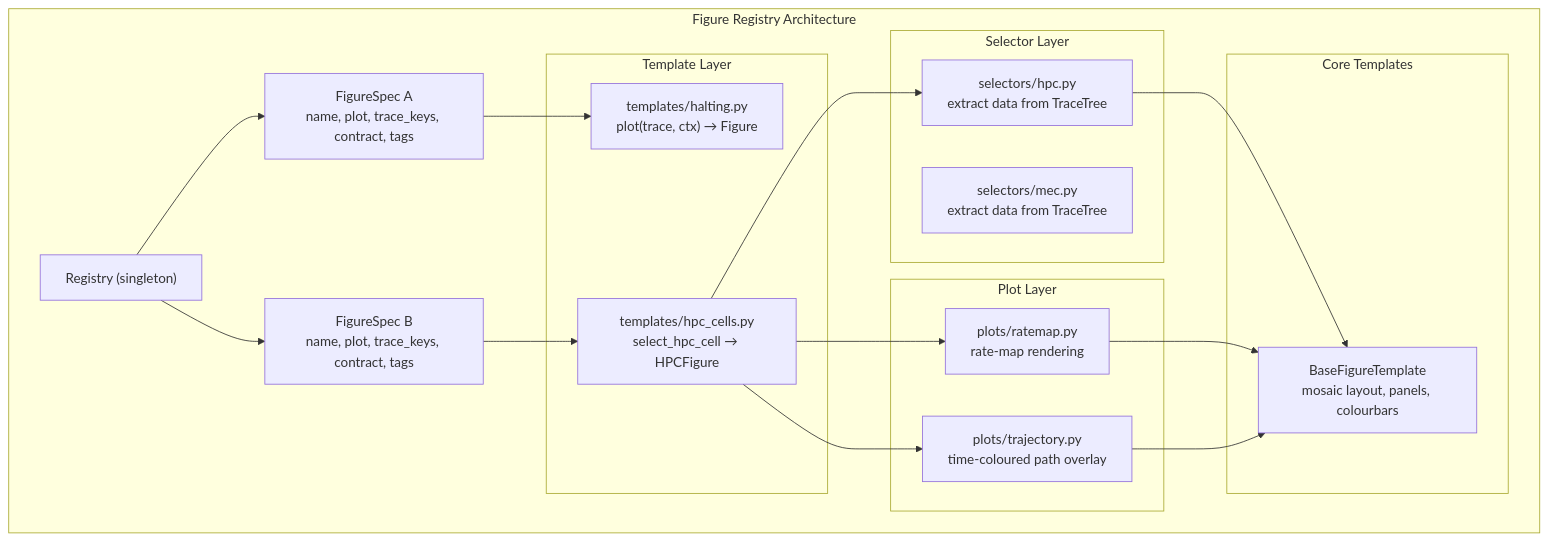
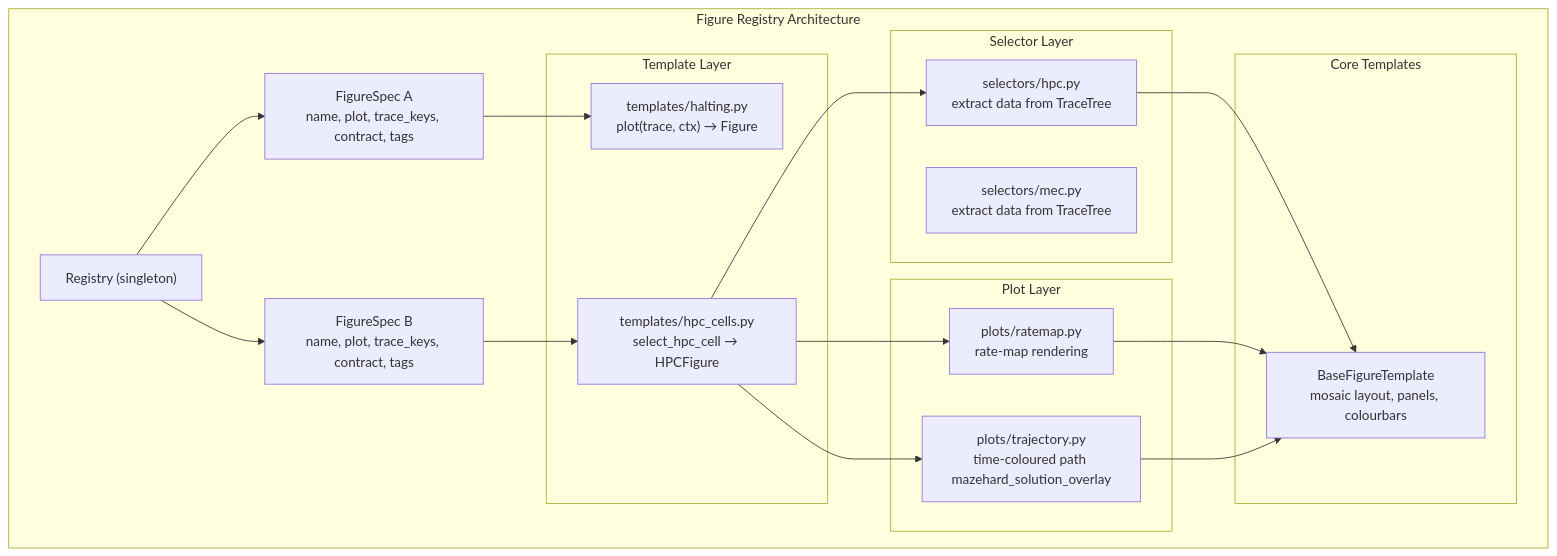
Before and after one commit to BorjaEst/ehc-sn: the second of 2 diagrams in docs/docs/figures.md, drawn with Mermaid. The commit also changed other lines of this file and 111 other files, not shown here.

````diff
--- a/docs/docs/figures.md
+++ b/docs/docs/figures.md
@@ -306,38 +293,38 @@
 ```mermaid
 flowchart TB
     subgraph Registry["Figure Registry Architecture"]
         REG["Registry (singleton)"]
         FS1["FigureSpec A\nname, plot, trace_keys, contract, tags"]
         FS2["FigureSpec B\nname, plot, trace_keys, contract, tags"]
         REG --> FS1
         REG --> FS2
 
         subgraph Template["Template Layer"]
             T1["templates/halting.py\nplot(trace, ctx) → Figure"]
             T2["templates/hpc_cells.py\nselect_hpc_cell → HPCFigure"]
         end
 
         subgraph Selector["Selector Layer"]
             S1["selectors/hpc.py\nextract data from TraceTree"]
             S2["selectors/mec.py\nextract data from TraceTree"]
         end
 
         subgraph Plot["Plot Layer"]
             P1["plots/ratemap.py\nrate-map rendering"]
-            P2["plots/trajectory.py\ntime-coloured path overlay"]
+            P2["plots/trajectory.py\ntime-coloured path mazehard_solution_overlay"]
         end
 
         subgraph Core["Core Templates"]
             CT["BaseFigureTemplate\nmosaic layout, panels, colourbars"]
         end
 
         FS1 --> T1
         FS2 --> T2
         T2 --> S1
         T2 --> P1
         T2 --> P2
         S1 --> CT
         P1 --> CT
         P2 --> CT
     end
 ```
````
